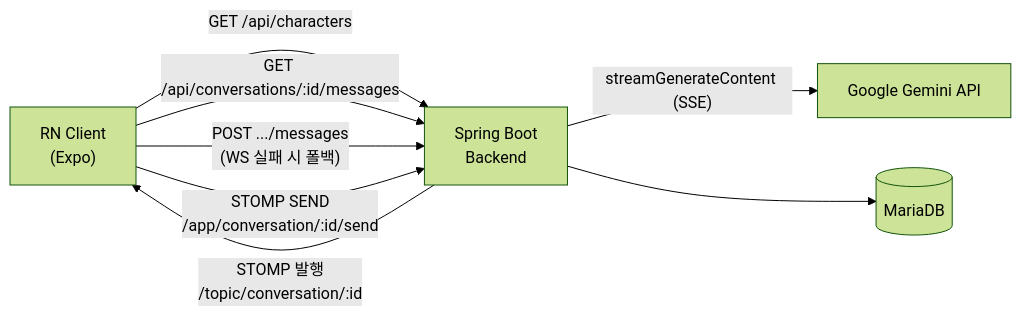
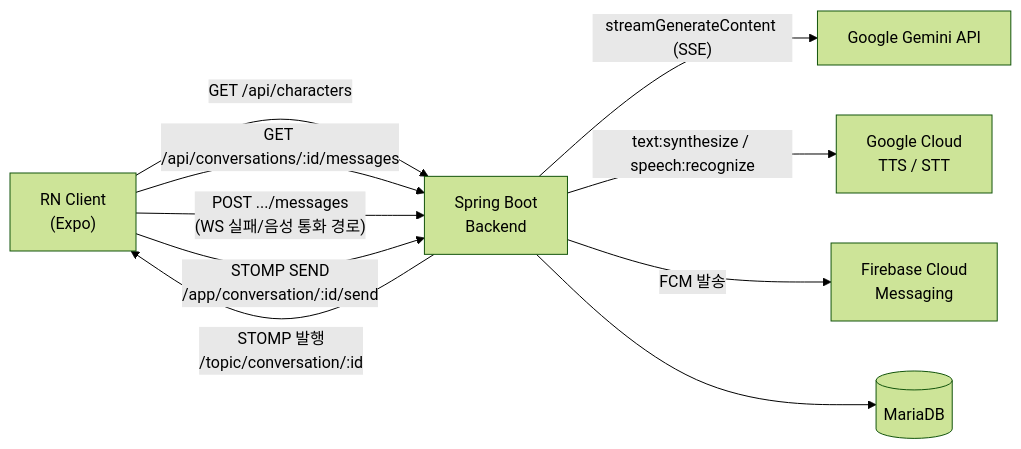
Before and after one commit to UiHyungZo/storia-story-chat: the first of 2 diagrams in docs/architecture/README.md, drawn with Mermaid (forest theme). The commit also changed other lines of this file and 29 other files, not shown here.

````diff
--- a/docs/architecture/README.md
+++ b/docs/architecture/README.md
@@ -7,10 +9,12 @@
 ```mermaid
 flowchart LR
     Client["RN Client\n(Expo)"] -->|"GET /api/characters"| Backend["Spring Boot\nBackend"]
     Client -->|"GET /api/conversations/:id/messages"| Backend
-    Client -->|"POST .../messages\n(WS 실패 시 폴백)"| Backend
+    Client -->|"POST .../messages\n(WS 실패/음성 통화 경로)"| Backend
     Client -->|"STOMP SEND\n/app/conversation/:id/send"| Backend
     Backend -->|"STOMP 발행\n/topic/conversation/:id"| Client
     Backend -->|"streamGenerateContent (SSE)"| Gemini["Google Gemini API"]
+    Backend -->|"text:synthesize / speech:recognize"| GCloud["Google Cloud\nTTS / STT"]
+    Backend -->|"FCM 발송"| FCM["Firebase Cloud\nMessaging"]
     Backend --> DB[("MariaDB")]
 ```
````
